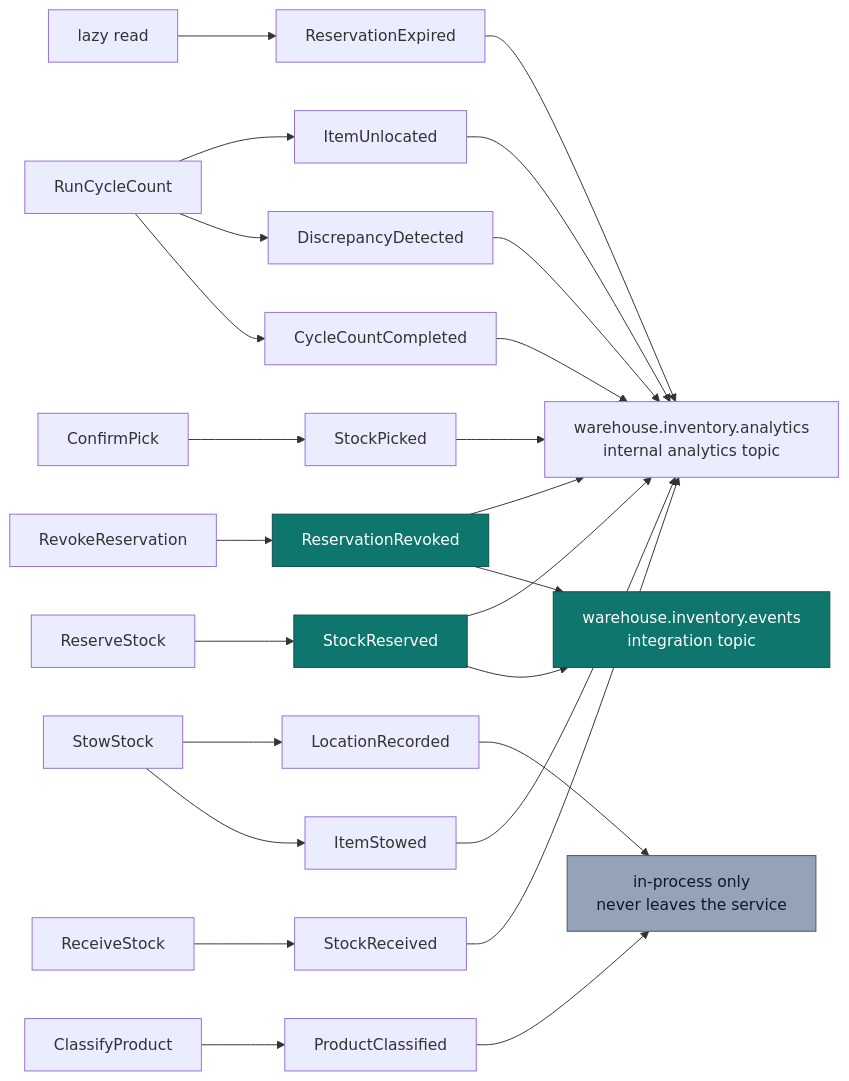
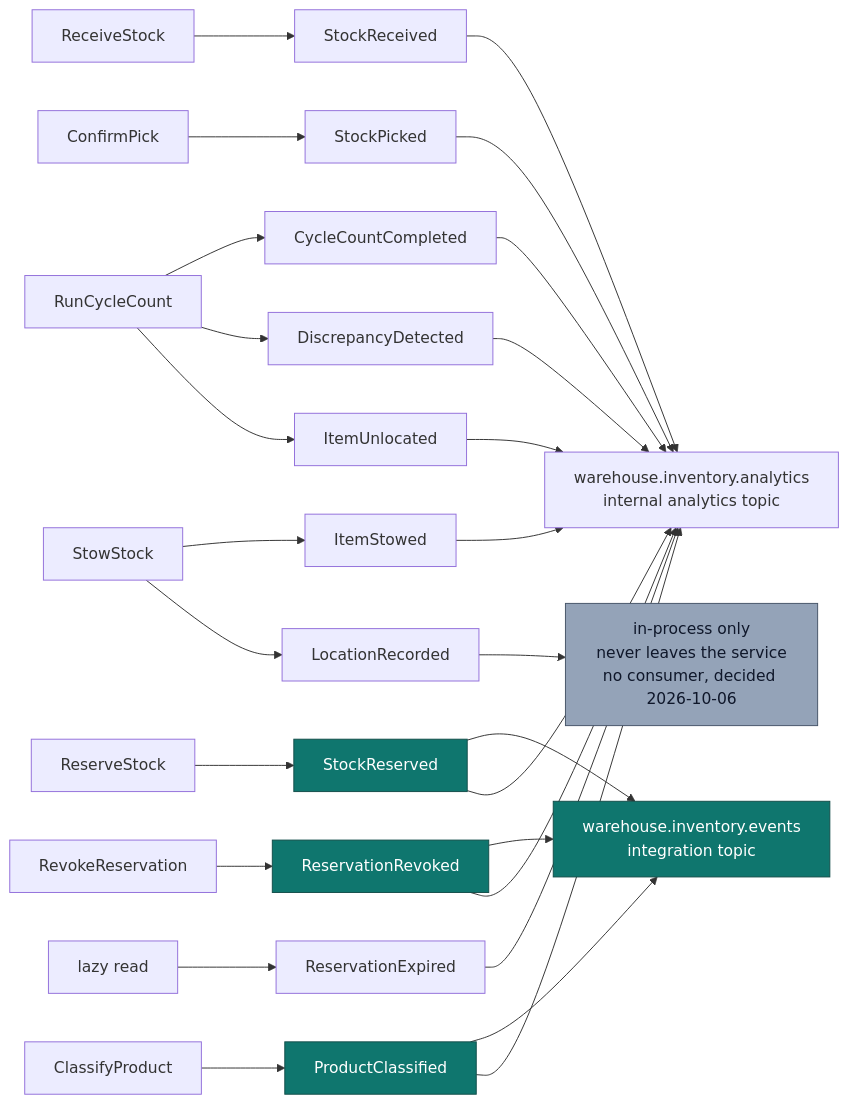
The diagram in docs/docs/ddd/domain-events.md (IQVO/inventory-storage), drawn with Mermaid before and after one commit. The commit also changed other lines of this file and 22 other files, not shown here.

````diff
--- a/docs/docs/ddd/domain-events.md
+++ b/docs/docs/ddd/domain-events.md
@@ -44,23 +44,23 @@
 ```mermaid
 flowchart LR
   RS["ReceiveStock"] --> E1["StockReceived"]
   SS["StowStock"] --> E2["ItemStowed"]
   SS --> E3["LocationRecorded"]
   RES["ReserveStock"] --> E4["StockReserved"]
   REV["RevokeReservation"] --> E5["ReservationRevoked"]
   CP["ConfirmPick"] --> E6["StockPicked"]
   CC["RunCycleCount"] --> E7["CycleCountCompleted"]
   CC --> E8["DiscrepancyDetected"]
   CC --> E9["ItemUnlocated"]
   EXP["lazy read"] --> E10["ReservationExpired"]
   CLS["ClassifyProduct"] --> E11["ProductClassified"]
 
-  E4 & E5 --> KAF["warehouse.inventory.events<br/>integration topic"]
-  E1 & E2 & E4 & E5 & E6 & E7 & E8 & E9 & E10 --> ANA["warehouse.inventory.analytics<br/>internal analytics topic"]
-  E3 & E11 --> LOG["in-process only<br/>never leaves the service"]
+  E4 & E5 & E11 --> KAF["warehouse.inventory.events<br/>integration topic"]
+  E1 & E2 & E4 & E5 & E6 & E7 & E8 & E9 & E10 & E11 --> ANA["warehouse.inventory.analytics<br/>internal analytics topic"]
+  E3 --> LOG["in-process only<br/>never leaves the service<br/>no consumer, decided 2026-10-06"]
 
   classDef wired fill:#0f766e,stroke:#134e4a,color:#fff;
   classDef local fill:#94a3b8,stroke:#475569,color:#0f172a;
-  class E4,E5,KAF wired;
+  class E4,E5,E11,KAF wired;
   class LOG local;
 ```
````
